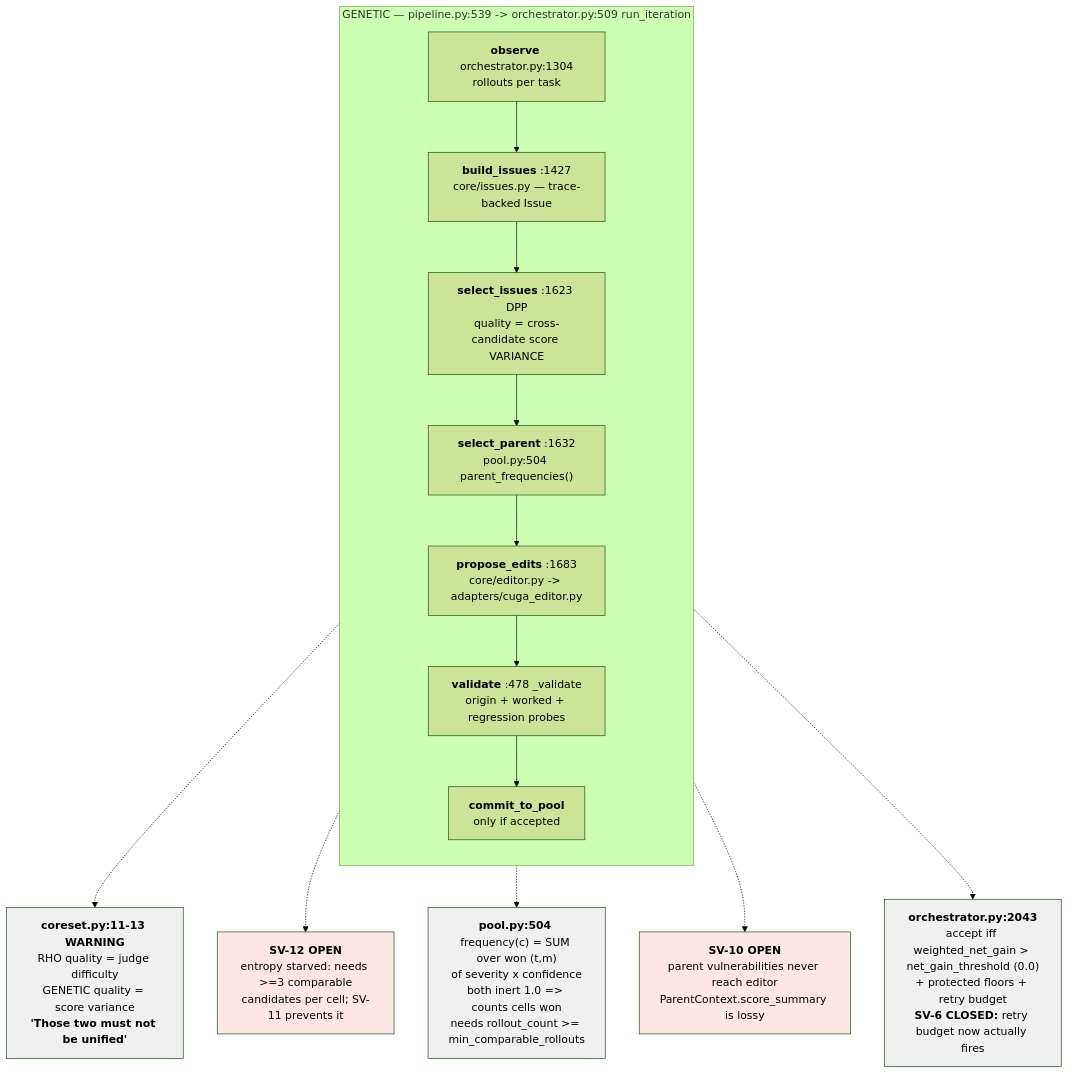
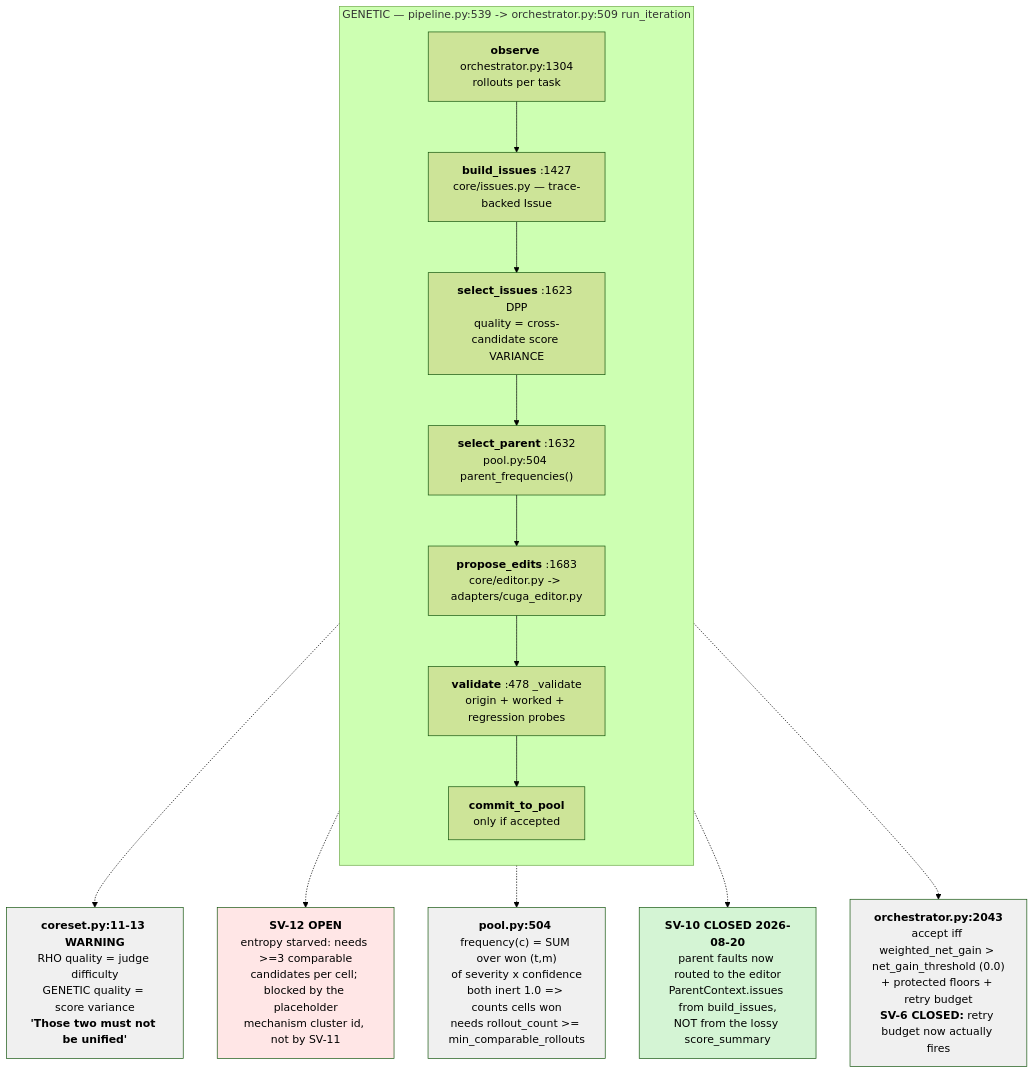
Before and after one commit to one-little-step/AgentEvolve: the third of 10 diagrams in docs/architecture/IMPLEMENTED-PIPELINE-MAP.md, drawn with Mermaid (forest theme). The commit also changed other lines of this file and 65 other files, not shown here.

````diff
--- a/docs/architecture/IMPLEMENTED-PIPELINE-MAP.md
+++ b/docs/architecture/IMPLEMENTED-PIPELINE-MAP.md
@@ -144,26 +147,26 @@
 ```mermaid
 flowchart TB
     subgraph GENETIC["GENETIC — pipeline.py:539 -> orchestrator.py:509 run_iteration"]
       direction TB
       G1["<b>observe</b> orchestrator.py:1304<br/>rollouts per task"]
       G2["<b>build_issues</b> :1427<br/>core/issues.py — trace-backed Issue"]
       G3["<b>select_issues</b> :1623 DPP<br/>quality = cross-candidate score VARIANCE"]
       G4["<b>select_parent</b> :1632<br/>pool.py:504 parent_frequencies()"]
       G5["<b>propose_edits</b> :1683<br/>core/editor.py -> adapters/cuga_editor.py"]
       G6["<b>validate</b> :478 _validate<br/>origin + worked + regression probes"]
       G7["<b>commit_to_pool</b><br/>only if accepted"]
       G1-->G2-->G3-->G4-->G5-->G6-->G7
     end
 
     G3 -.-> FG3["<b>coreset.py:11-13 WARNING</b><br/>RHO quality = judge difficulty<br/>GENETIC quality = score variance<br/><b>'Those two must not be unified'</b>"]
-    G3 -.-> SV12["<b>SV-12 OPEN</b><br/>entropy starved: needs >=3 comparable<br/>candidates per cell; SV-11 prevents it"]
+    G3 -.-> SV12["<b>SV-12 OPEN</b><br/>entropy starved: needs >=3 comparable<br/>candidates per cell; blocked by the placeholder<br/>mechanism cluster id, not by SV-11"]
     G4 -.-> FG4["<b>pool.py:504</b> frequency(c) = SUM over won (t,m)<br/>of severity x confidence<br/>both inert 1.0 => counts cells won<br/>needs rollout_count >= min_comparable_rollouts"]
-    G5 -.-> SV10["<b>SV-10 OPEN</b><br/>parent vulnerabilities never reach editor<br/>ParentContext.score_summary is lossy"]
+    G5 -.-> SV10["<b>SV-10 CLOSED 2026-08-20</b><br/>parent faults now routed to the editor<br/>ParentContext.issues from build_issues,<br/>NOT from the lossy score_summary"]
     G6 -.-> FG6["<b>orchestrator.py:2043</b><br/>accept iff weighted_net_gain > net_gain_threshold (0.0)<br/>+ protected floors + retry budget<br/><b>SV-6 CLOSED:</b> retry budget now actually fires"]
 
     style FG3 fill:#f0f0f0
     style FG4 fill:#f0f0f0
     style FG6 fill:#f0f0f0
-    style SV10 fill:#ffe6e6
+    style SV10 fill:#d4f4d4
     style SV12 fill:#ffe6e6
 ```
````
